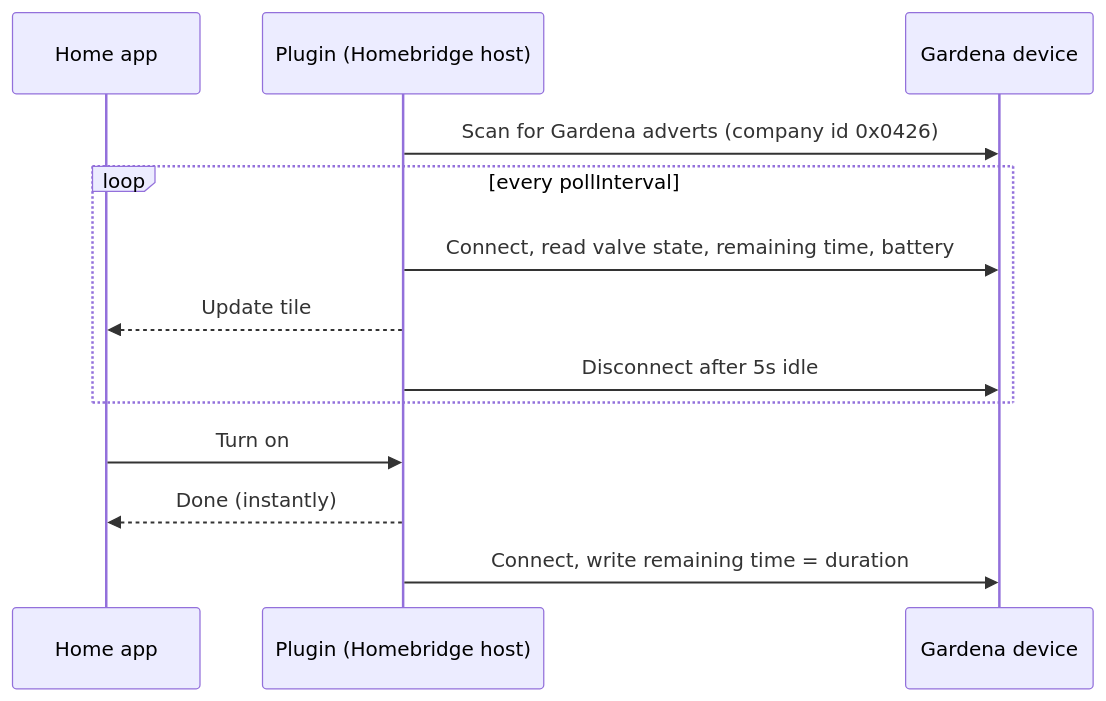
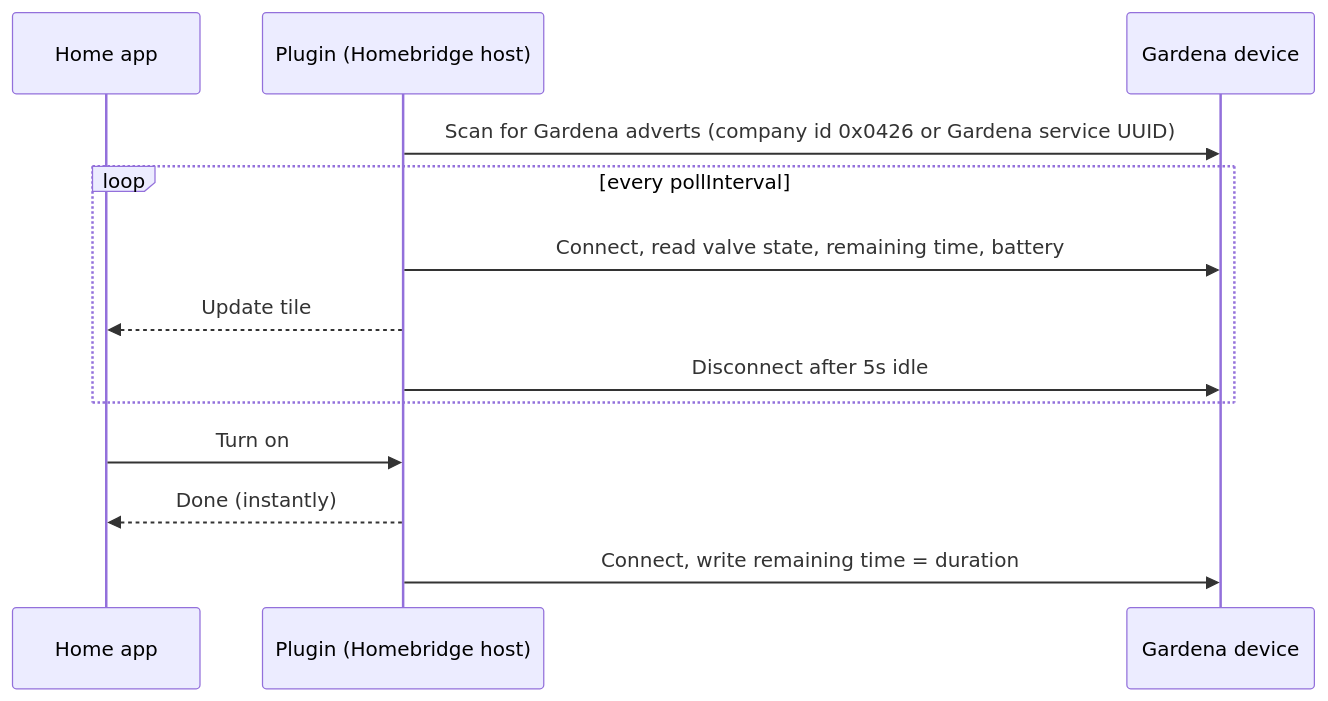
One commit to wezzcoetzee/gardena-plugin changed the diagram in README.md. Above: the diagram before and after it, drawn with Mermaid. The commit also changed 3 other files, not shown here.

````diff
--- a/README.md
+++ b/README.md
@@ -14,15 +14,15 @@
 ```mermaid
 sequenceDiagram
     participant H as Home app
     participant P as Plugin (Homebridge host)
     participant G as Gardena device
-    P->>G: Scan for Gardena adverts (company id 0x0426)
+    P->>G: Scan for Gardena adverts (company id 0x0426 or Gardena service UUID)
     loop every pollInterval
         P->>G: Connect, read valve state, remaining time, battery
         P-->>H: Update tile
         P->>G: Disconnect after 5s idle
     end
     H->>P: Turn on
     P-->>H: Done (instantly)
     P->>G: Connect, write remaining time = duration
 ```
````
